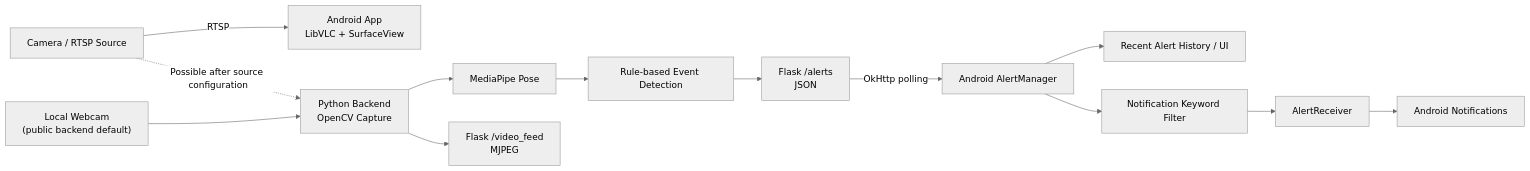
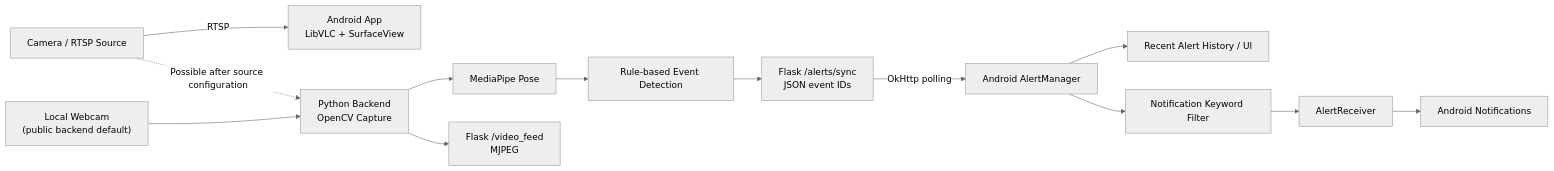
One commit to HoiChunWat/Real-Time-Human-Activity-Monitoring changed the first of 3 diagrams in README.md. Above: the diagram before and after it, drawn with Mermaid (neutral theme). The commit also changed other lines of this file and 6 other files, not shown here.

````diff
--- a/README.md
+++ b/README.md
@@ -41,15 +41,15 @@
 ```mermaid
 flowchart LR
     CAM["Camera / RTSP Source"] -->|RTSP| APP["Android App<br/>LibVLC + SurfaceView"]
     WEBCAM["Local Webcam<br/>(public backend default)"] --> CV["Python Backend<br/>OpenCV Capture"]
     CAM -.->|Possible after source configuration| CV
     CV --> MP["MediaPipe Pose"]
     MP --> DET["Rule-based Event Detection"]
-    DET --> API["Flask /alerts<br/>JSON"]
+    DET --> API["Flask /alerts/sync<br/>JSON event IDs"]
     API -->|OkHttp polling| AM["Android AlertManager"]
     AM --> HIST["Recent Alert History / UI"]
     AM --> FILTER["Notification Keyword Filter"]
     FILTER --> RX["AlertReceiver"]
     RX --> NOTIF["Android Notifications"]
     CV --> MJPEG["Flask /video_feed<br/>MJPEG"]
 ```
````
